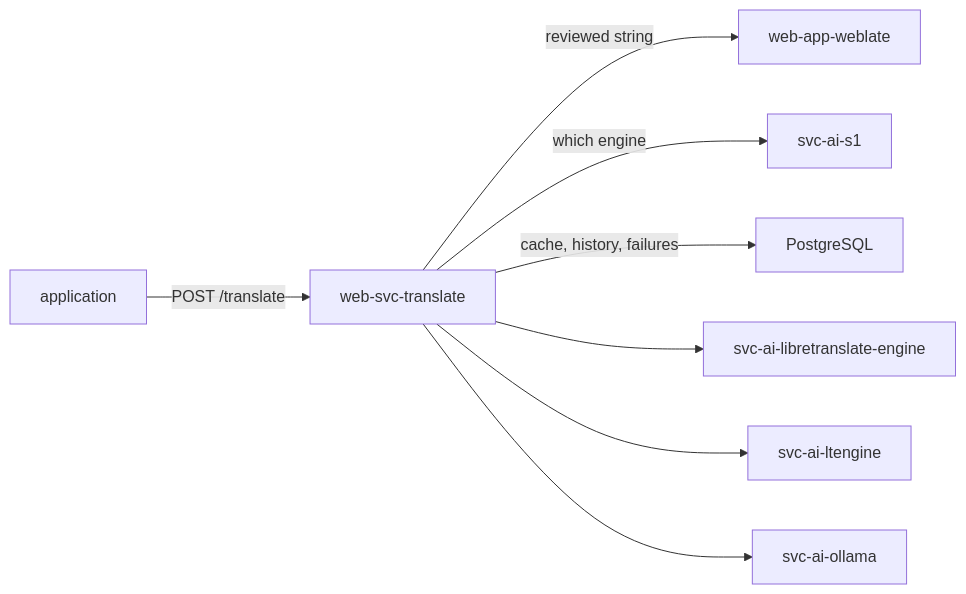
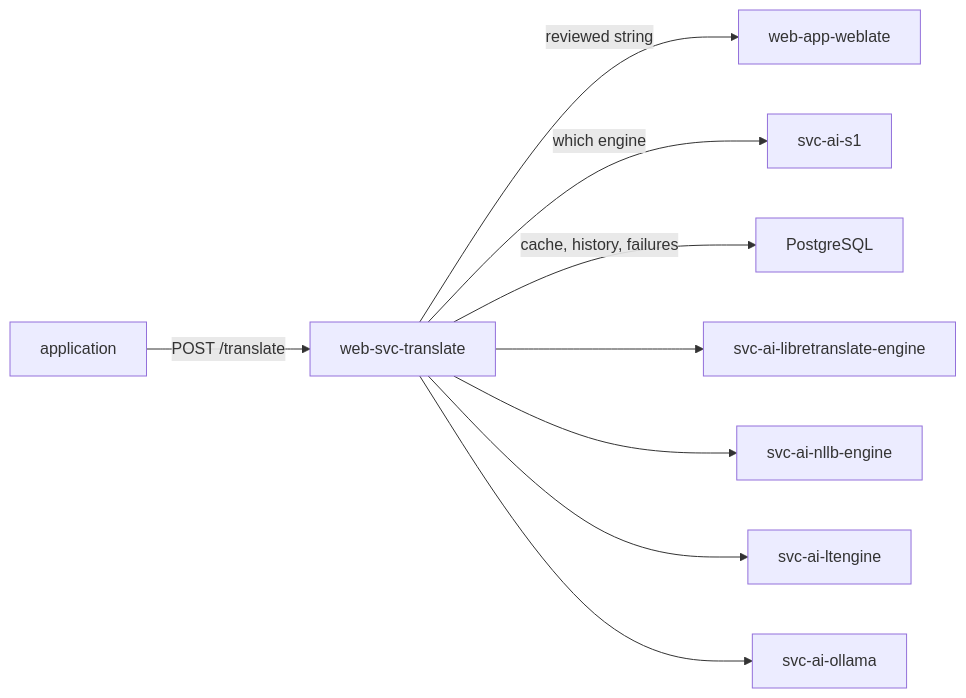
The diagram in roles/web-svc-translate/README.md (infinito-nexus/core), drawn with Mermaid before and after one commit. The commit also changed other lines of this file and 22 other files, not shown here.

````diff
--- a/roles/web-svc-translate/README.md
+++ b/roles/web-svc-translate/README.md
@@ -34,10 +37,11 @@
 ```mermaid
 flowchart LR
     app["application"] -->|POST /translate| gw["web-svc-translate"]
     gw -->|reviewed string| wl["web-app-weblate"]
     gw -->|which engine| s1["svc-ai-s1"]
     gw -->|cache, history, failures| db["PostgreSQL"]
     gw --> lt["svc-ai-libretranslate-engine"]
+    gw --> nl["svc-ai-nllb-engine"]
     gw --> lte["svc-ai-ltengine"]
     gw --> ol["svc-ai-ollama"]
 ```
````
